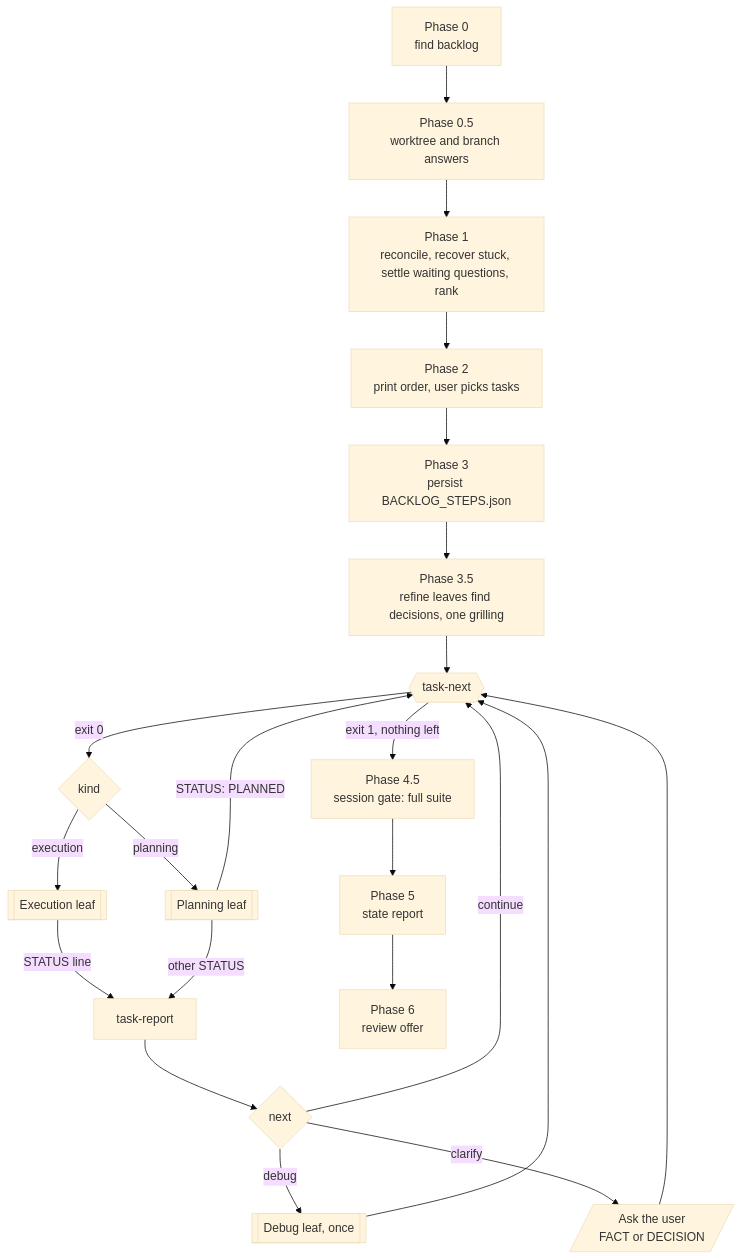
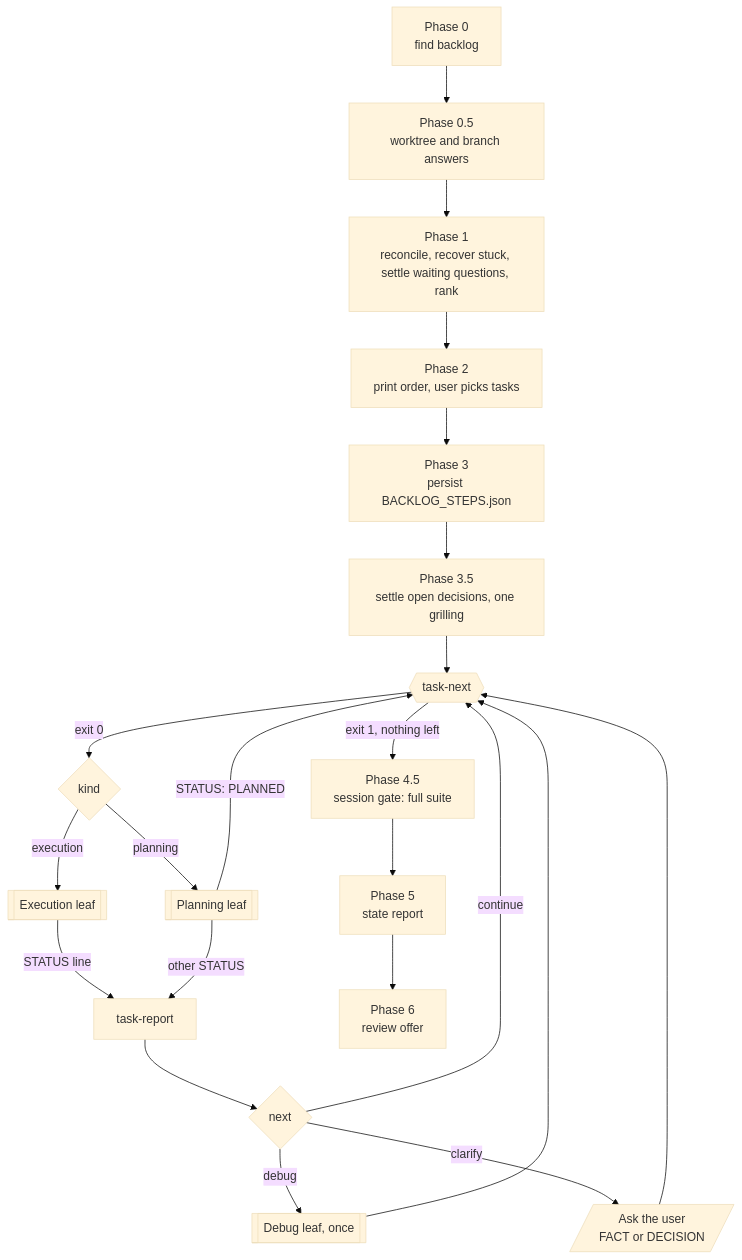
Before and after one commit to shortcuts/radin: the diagram in docs/lifecycle/router-loop.mmd, drawn with Mermaid (base theme). The commit also changed 14 other files, not shown here.

```diff
--- a/docs/lifecycle/router-loop.mmd
+++ b/docs/lifecycle/router-loop.mmd
@@ -1,22 +1,22 @@
 flowchart TD
   p0[Phase 0<br/>find backlog] --> p05[Phase 0.5<br/>worktree and branch answers]
   p05 --> p1[Phase 1<br/>reconcile, recover stuck, settle waiting questions, rank]
   p1 --> p2[Phase 2<br/>print order, user picks tasks]
   p2 --> p3[Phase 3<br/>persist BACKLOG_STEPS.json]
-  p3 --> p35[Phase 3.5<br/>refine leaves find decisions, one grilling]
+  p3 --> p35[Phase 3.5<br/>settle open decisions, one grilling]
   p35 --> next{{task-next}}
   next -- exit 1, nothing left --> p45[Phase 4.5<br/>session gate: full suite]
   next -- exit 0 --> kind{kind}
   kind -- planning --> leafP[[Planning leaf]]
   kind -- execution --> leafE[[Execution leaf]]
   leafP -- STATUS: PLANNED --> next
   leafE -- STATUS line --> report[task-report]
   leafP -- other STATUS --> report
   report --> route{next}
   route -- continue --> next
   route -- debug --> debug[[Debug leaf, once]]
   debug --> next
   route -- clarify --> user[/Ask the user<br/>FACT or DECISION/]
   user --> next
   p45 --> p5[Phase 5<br/>state report]
   p5 --> p6[Phase 6<br/>review offer]
```
